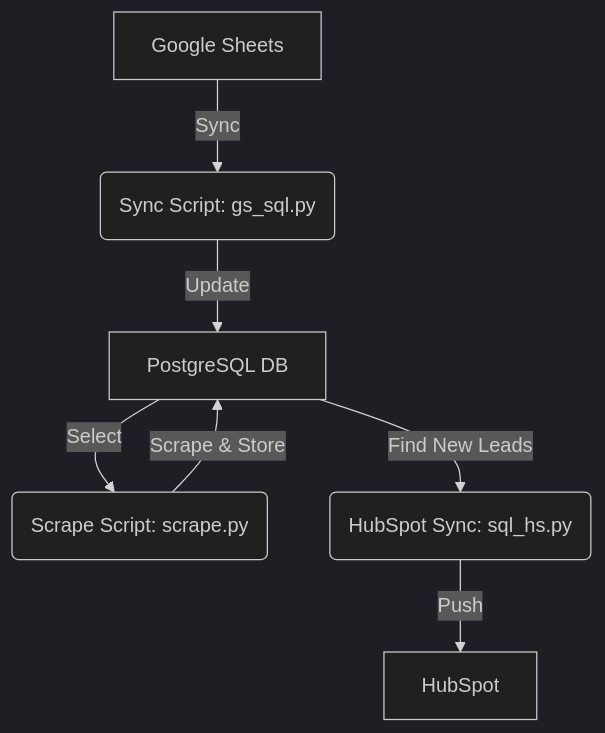
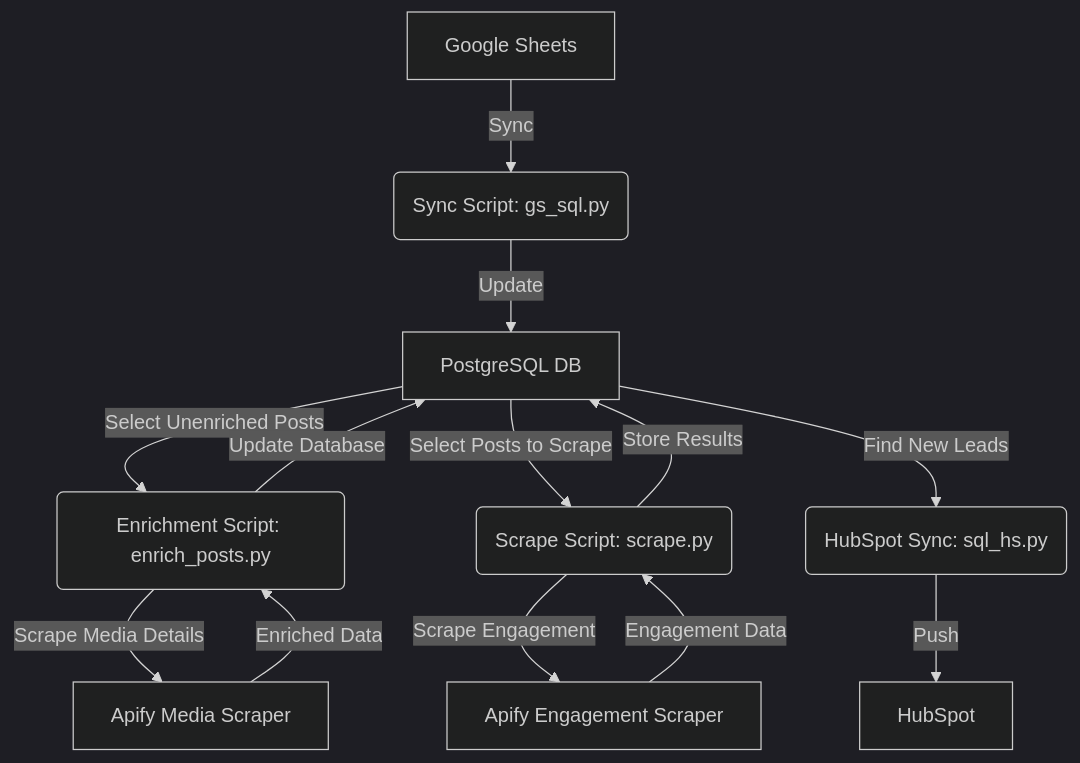
The first of 2 diagrams in README.md (tom-youngblood/linkedin-analytics-airflow), drawn with Mermaid (dark theme) before and after one commit. The commit also changed other lines of this file and 3 other files, not shown here.

Commit message:
Updated README.md with new updates and Architecture section.

````diff
--- a/README.md
+++ b/README.md
@@ -20,9 +20,15 @@
 ```mermaid
 graph TD;
     A[Google Sheets] -->|Sync| B(Sync Script: gs_sql.py)
     B -->|Update| C[PostgreSQL DB]
-    C -->|Select| D(Scrape Script: scrape.py)
-    D -->|Scrape & Store| C
-    C -->|Find New Leads| E(HubSpot Sync: sql_hs.py)
-    E -->|Push| F[HubSpot]
+    C -->|Select Unenriched Posts| D(Enrichment Script: enrich_posts.py)
+    D -->|Scrape Media Details| E[Apify Media Scraper]
+    E -->|Enriched Data| D
+    D -->|Update Database| C
+    C -->|Select Posts to Scrape| F(Scrape Script: scrape.py)
+    F -->|Scrape Engagement| G[Apify Engagement Scraper]
+    G -->|Engagement Data| F
+    F -->|Store Results| C
+    C -->|Find New Leads| H(HubSpot Sync: sql_hs.py)
+    H -->|Push| I[HubSpot]
 ```
````
